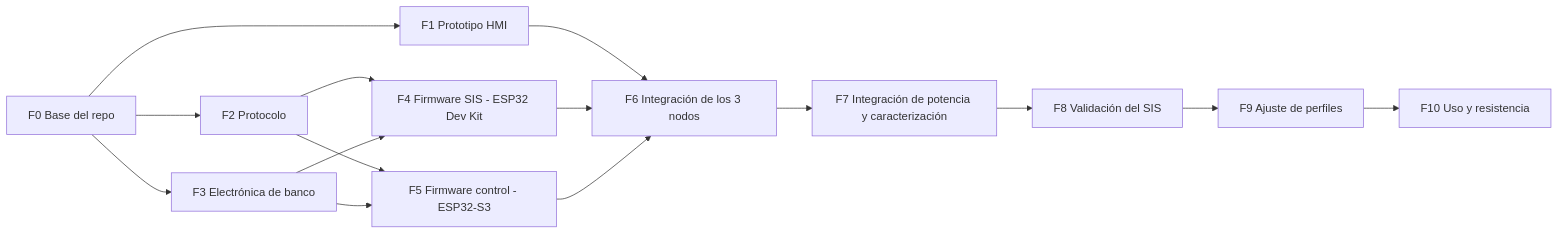
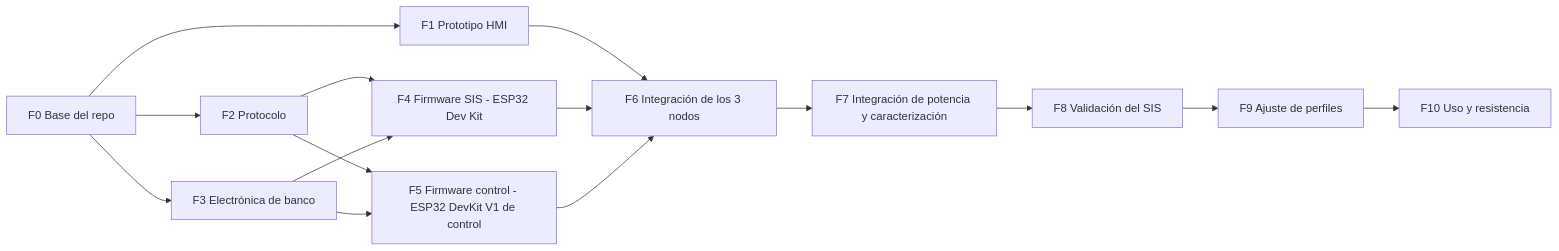
The diagram in docs/PLAN-MAESTRO.md (reymenez323/QuitaSicote3000), drawn with Mermaid before and after one commit. The commit also changed other lines of this file and 46 other files, not shown here.

First line of the commit message:
Firmware inicial con FreeRTOS; control y SIS en ESP32 DevKit V1

````diff
--- a/docs/PLAN-MAESTRO.md
+++ b/docs/PLAN-MAESTRO.md
@@ -743,17 +705,17 @@
 ```mermaid
 flowchart LR
   F0[F0 Base del repo] --> F1[F1 Prototipo HMI]
   F0 --> F2[F2 Protocolo]
   F0 --> F3[F3 Electrónica de banco]
   F2 --> F4[F4 Firmware SIS - ESP32 Dev Kit]
   F3 --> F4
-  F2 --> F5[F5 Firmware control - ESP32-S3]
+  F2 --> F5[F5 Firmware control - ESP32 DevKit V1 de control]
   F3 --> F5
   F1 --> F6[F6 Integración de los 3 nodos]
   F4 --> F6
   F5 --> F6
   F6 --> F7[F7 Integración de potencia y caracterización]
   F7 --> F8[F8 Validación del SIS]
   F8 --> F9[F9 Ajuste de perfiles]
   F9 --> F10[F10 Uso y resistencia]
 ```
````
